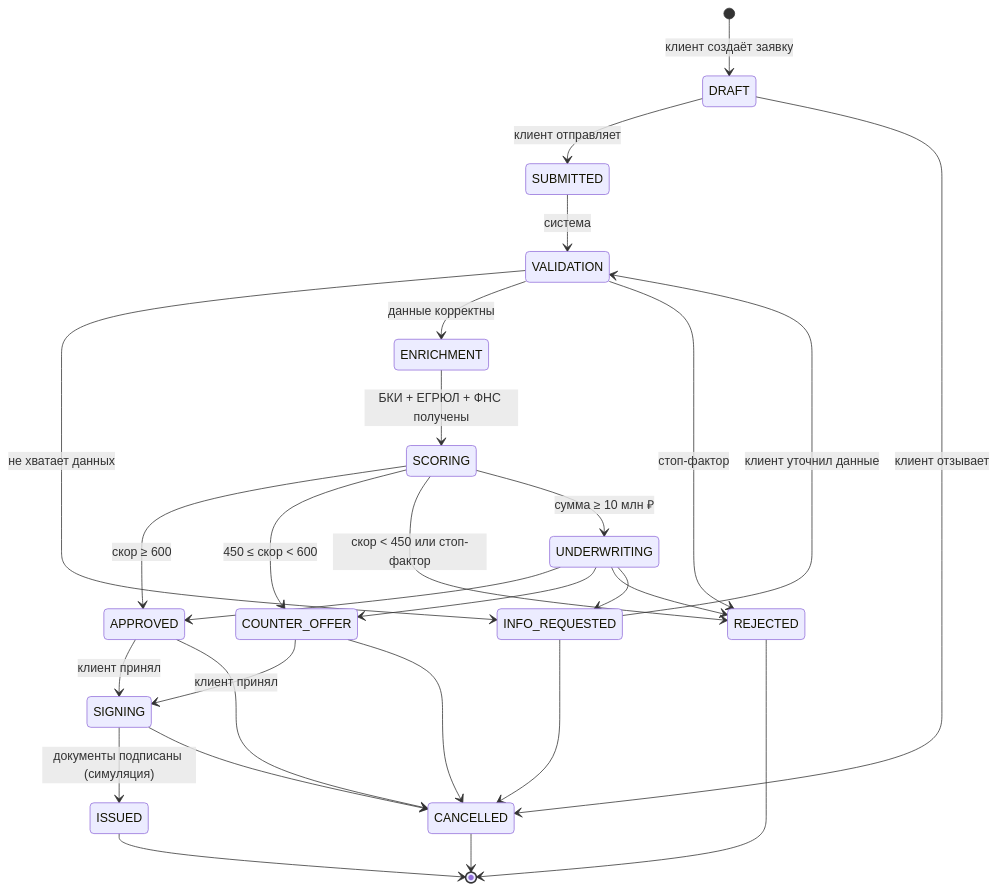
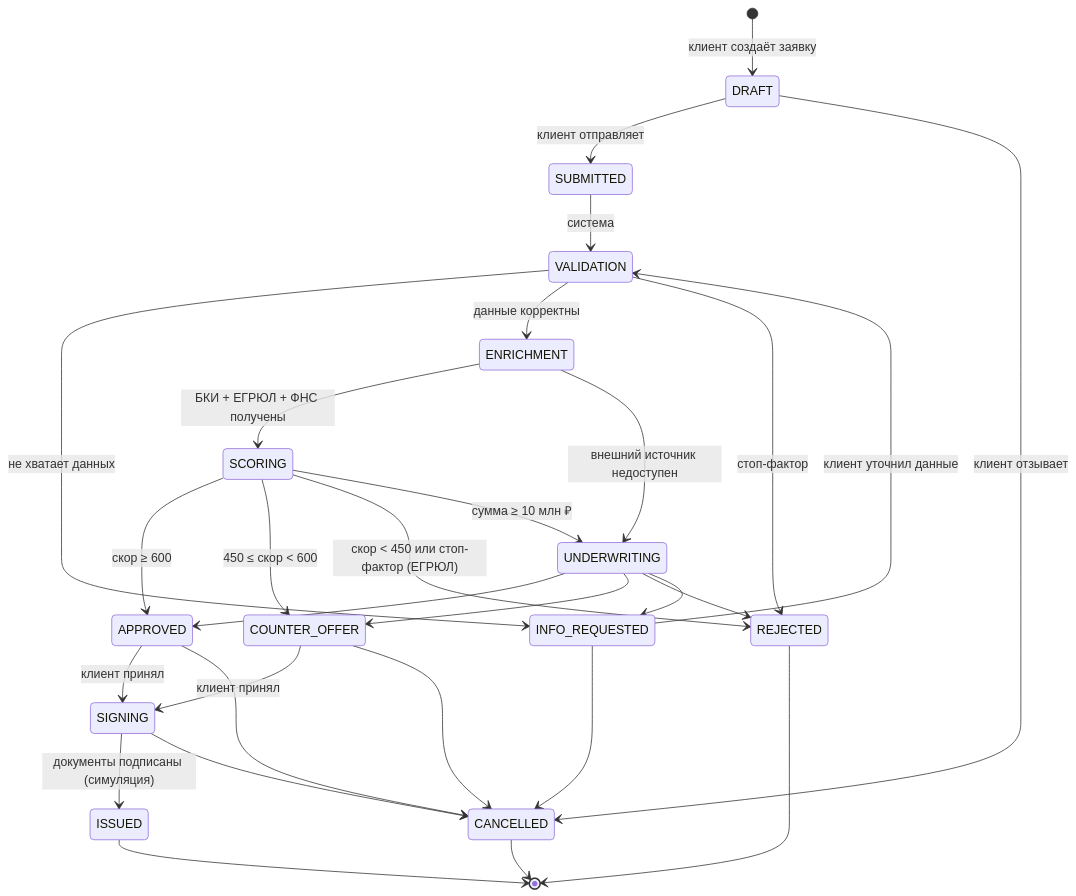
The diagram in docs/state-diagram.md (riimetra/SOfE---AlfaHak), drawn with Mermaid before and after one commit. The commit also changed other lines of this file and 52 other files, not shown here.

````diff
--- a/docs/state-diagram.md
+++ b/docs/state-diagram.md
@@ -5,35 +5,36 @@
 ```mermaid
 stateDiagram-v2
     [*] --> DRAFT: клиент создаёт заявку
     DRAFT --> SUBMITTED: клиент отправляет
     DRAFT --> CANCELLED: клиент отзывает
 
     SUBMITTED --> VALIDATION: система
     VALIDATION --> INFO_REQUESTED: не хватает данных
     VALIDATION --> ENRICHMENT: данные корректны
     VALIDATION --> REJECTED: стоп-фактор
     INFO_REQUESTED --> VALIDATION: клиент уточнил данные
     INFO_REQUESTED --> CANCELLED
 
     ENRICHMENT --> SCORING: БКИ + ЕГРЮЛ + ФНС получены
+    ENRICHMENT --> UNDERWRITING: внешний источник недоступен
     SCORING --> APPROVED: скор ≥ 600
     SCORING --> COUNTER_OFFER: 450 ≤ скор < 600
-    SCORING --> REJECTED: скор < 450 или стоп-фактор
+    SCORING --> REJECTED: скор < 450 или стоп-фактор (ЕГРЮЛ)
     SCORING --> UNDERWRITING: сумма ≥ 10 млн ₽
 
     UNDERWRITING --> APPROVED
     UNDERWRITING --> COUNTER_OFFER
     UNDERWRITING --> REJECTED
     UNDERWRITING --> INFO_REQUESTED
 
     APPROVED --> SIGNING: клиент принял
     COUNTER_OFFER --> SIGNING: клиент принял
     APPROVED --> CANCELLED
     COUNTER_OFFER --> CANCELLED
     SIGNING --> ISSUED: документы подписаны (симуляция)
     SIGNING --> CANCELLED
 
     REJECTED --> [*]
     ISSUED --> [*]
     CANCELLED --> [*]
 ```
````
